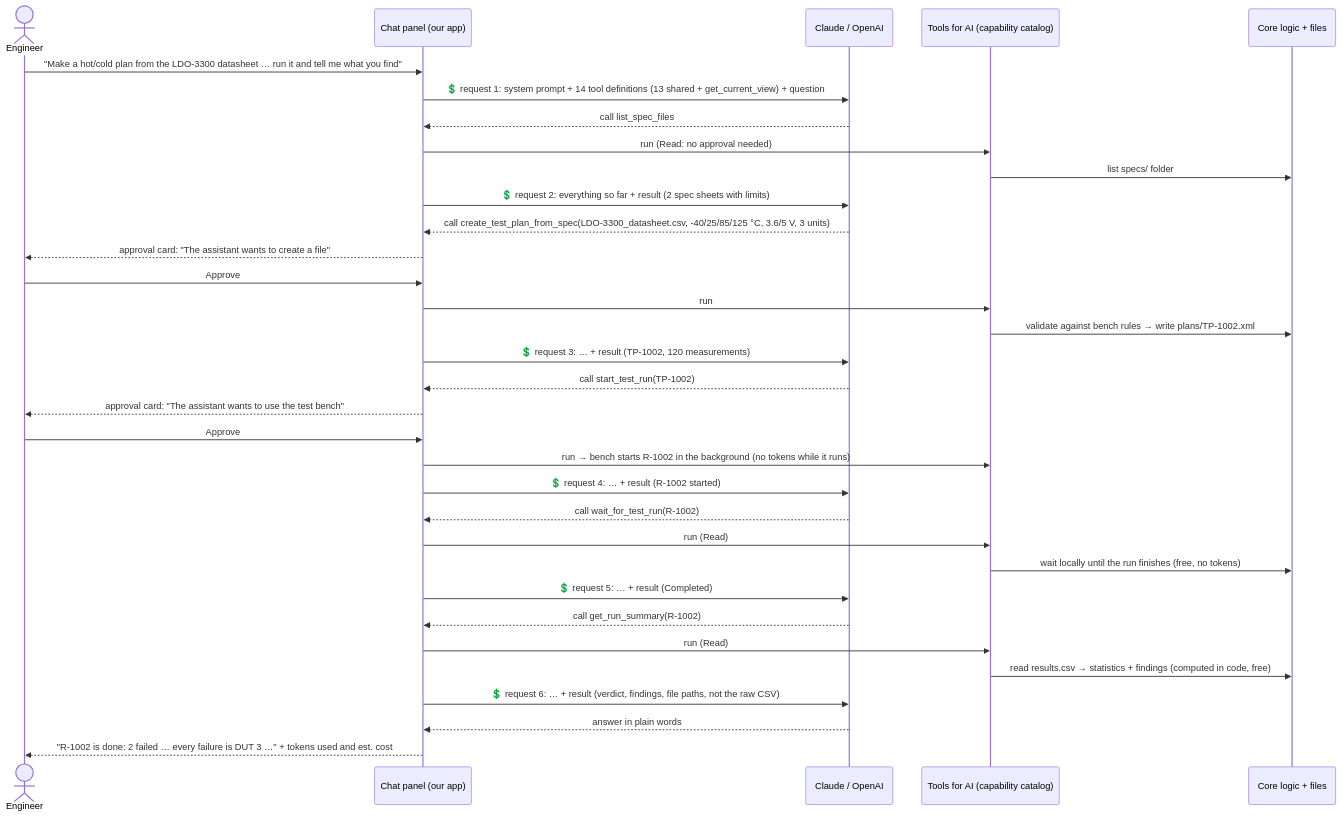
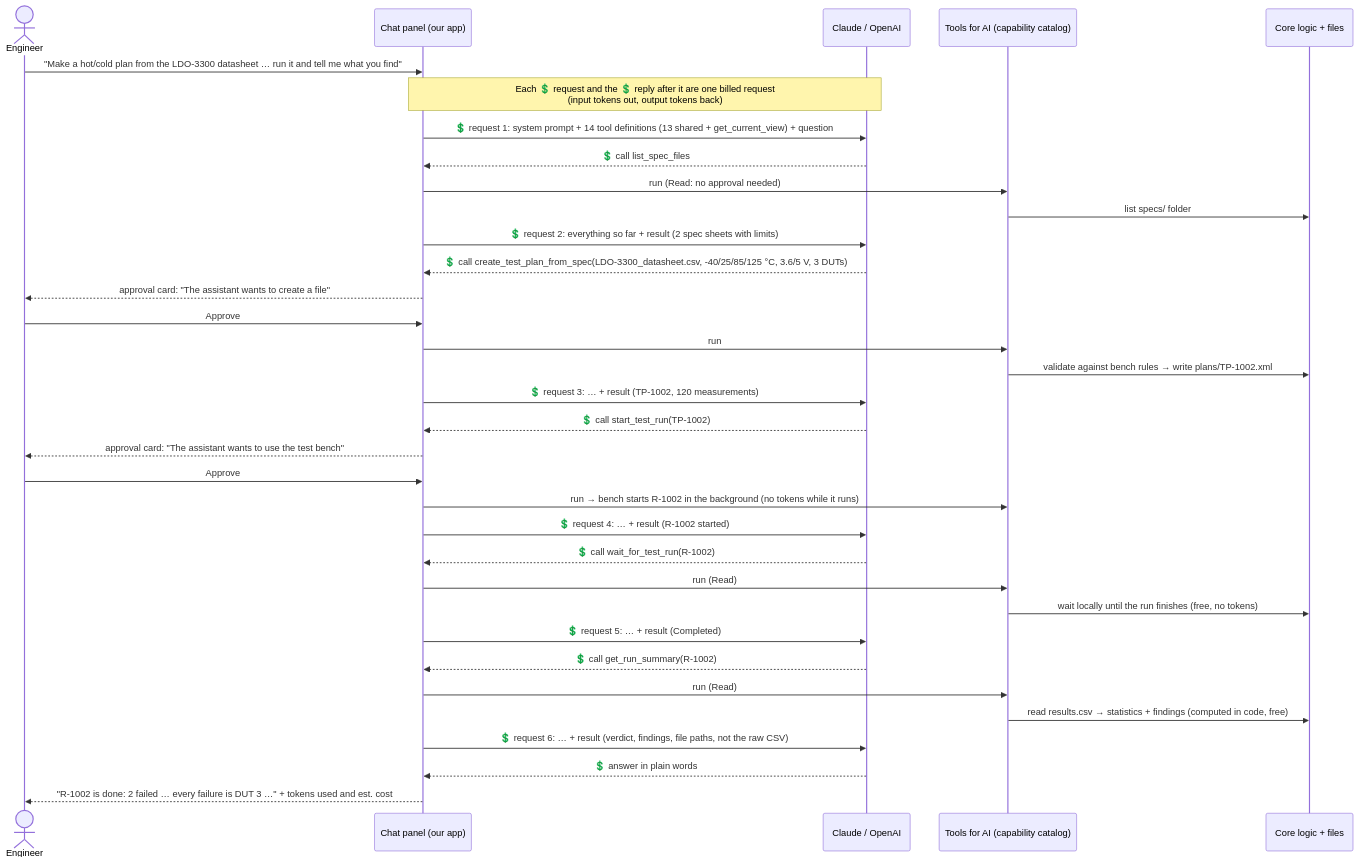
One commit to RelentlessOldMan/ChatbotAddonDemo changed the third of 6 diagrams in docs/design.md. Above: the diagram before and after it, drawn with Mermaid. The commit also changed other lines of this file and 8 other files, not shown here.

First line of the commit message:
Docs: add a glossary, use one name per concept, and fix cost, data-flow and factual details

````diff
--- a/docs/design.md
+++ b/docs/design.md
@@ -203,36 +206,37 @@
 ```mermaid
 sequenceDiagram
     actor U as Engineer
     participant P as Chat panel (our app)
     participant M as Claude / OpenAI
     participant C as Tools for AI (capability catalog)
     participant B as Core logic + files
 
     U->>P: "Make a hot/cold plan from the LDO-3300 datasheet … run it and tell me what you find"
+    Note over P,M: Each 💲 request and the 💲 reply after it are one billed request<br/>(input tokens out, output tokens back)
     P->>M: 💲 request 1: system prompt + 14 tool definitions (13 shared + get_current_view) + question
-    M-->>P: call list_spec_files
+    M-->>P: 💲 call list_spec_files
     P->>C: run (Read: no approval needed)
     C->>B: list specs/ folder
     P->>M: 💲 request 2: everything so far + result (2 spec sheets with limits)
-    M-->>P: call create_test_plan_from_spec(LDO-3300_datasheet.csv, -40/25/85/125 °C, 3.6/5 V, 3 units)
+    M-->>P: 💲 call create_test_plan_from_spec(LDO-3300_datasheet.csv, -40/25/85/125 °C, 3.6/5 V, 3 DUTs)
     P-->>U: approval card: "The assistant wants to create a file"
     U->>P: Approve
     P->>C: run
     C->>B: validate against bench rules → write plans/TP-1002.xml
     P->>M: 💲 request 3: … + result (TP-1002, 120 measurements)
-    M-->>P: call start_test_run(TP-1002)
+    M-->>P: 💲 call start_test_run(TP-1002)
     P-->>U: approval card: "The assistant wants to use the test bench"
     U->>P: Approve
     P->>C: run → bench starts R-1002 in the background (no tokens while it runs)
     P->>M: 💲 request 4: … + result (R-1002 started)
-    M-->>P: call wait_for_test_run(R-1002)
+    M-->>P: 💲 call wait_for_test_run(R-1002)
     P->>C: run (Read)
     C->>B: wait locally until the run finishes (free, no tokens)
     P->>M: 💲 request 5: … + result (Completed)
-    M-->>P: call get_run_summary(R-1002)
+    M-->>P: 💲 call get_run_summary(R-1002)
     P->>C: run (Read)
     C->>B: read results.csv → statistics + findings (computed in code, free)
     P->>M: 💲 request 6: … + result (verdict, findings, file paths, not the raw CSV)
-    M-->>P: answer in plain words
+    M-->>P: 💲 answer in plain words
     P-->>U: "R-1002 is done: 2 failed … every failure is DUT 3 …" + tokens used and est. cost
 ```
````
